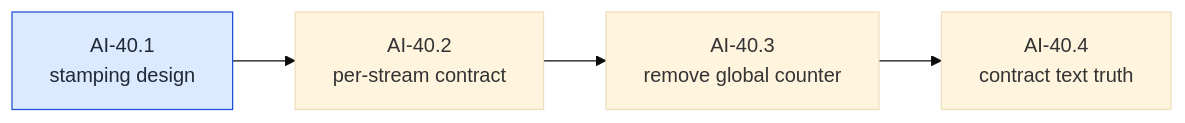
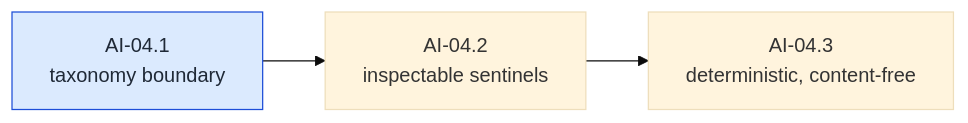
The third of 29 diagrams in docs/architecture/milestones/0002-cachicamas-ai-layer-1-task-graph.md (witsaba/cachicamas), drawn with Mermaid (base theme) before and after one commit. The commit also changed other lines of this file, not shown here.

First line of the commit message:
docs: rewrite Layer 1 task graph as a from-zero plan (AI-00 … AI-40)

````diff
--- a/docs/architecture/milestones/0002-cachicamas-ai-layer-1-task-graph.md
+++ b/docs/architecture/milestones/0002-cachicamas-ai-layer-1-task-graph.md
@@ -312,8 +368,7 @@
 ```mermaid
 flowchart LR
-    B1["AI-40.1<br/>stamping design"] --> B2["AI-40.2<br/>per-stream contract"]
-    B2 --> B3["AI-40.3<br/>remove global counter"]
-    B3 --> B4["AI-40.4<br/>contract text truth"]
+    E1["AI-04.1<br/>taxonomy boundary"] --> E2["AI-04.2<br/>inspectable sentinels"]
+    E2 --> E3["AI-04.3<br/>deterministic, content-free"]
     classDef d fill:#dbeafe,stroke:#1d4ed8,color:#1f2937
-    class B1 d
+    class E1 d
 ```
````
